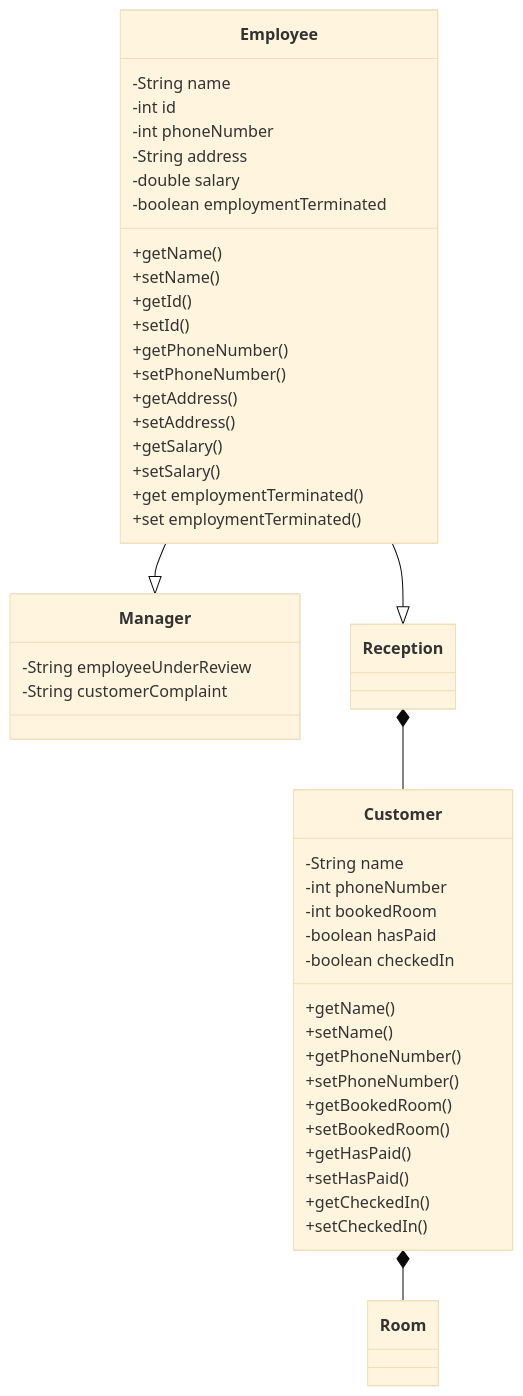
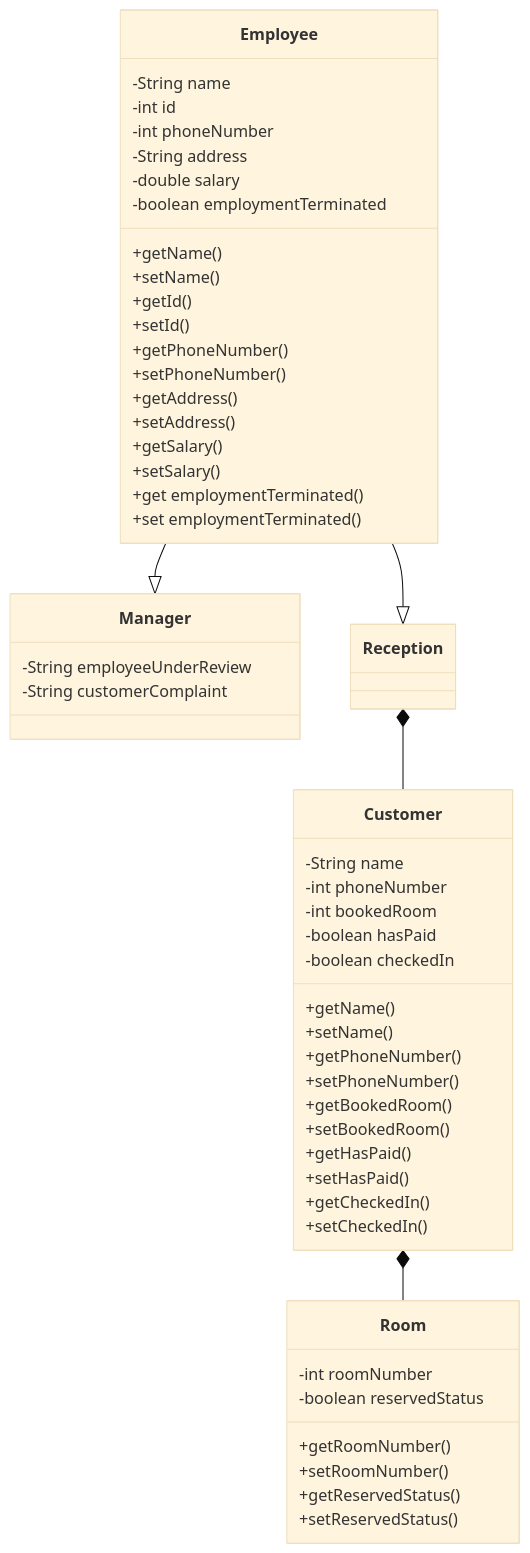
One commit to roxashrb/2425-cc3-1e-project-team-and-jerry changed the diagram in wiki/wiki.md. Above: the diagram before and after it, drawn with Mermaid (base theme).

````diff
--- a/wiki/wiki.md
+++ b/wiki/wiki.md
@@ -1,55 +1,64 @@
 ```mermaid
 classDiagram
     Customer *-- Room
     class Customer {
         -String name
         -int phoneNumber
         -int bookedRoom
         -boolean hasPaid
         -boolean checkedIn
         +getName()
         +setName()
         +getPhoneNumber()
         +setPhoneNumber()
         +getBookedRoom()
         +setBookedRoom()
         +getHasPaid()
         +setHasPaid()
         +getCheckedIn()
         +setCheckedIn()
     }
 
     class Employee {
         -String name
         -int id
         -int phoneNumber
         -String address
         -double salary
         -boolean employmentTerminated
         +getName()
         +setName()
         +getId()
         +setId()
         +getPhoneNumber()
         +setPhoneNumber()
         +getAddress()
         +setAddress()
         +getSalary()
         +setSalary()
         +get employmentTerminated()
         +set employmentTerminated()
     }
 
     Employee --|> Manager
     class Manager {
         -String employeeUnderReview
         -String customerComplaint
     }
 
 
     Employee --|> Reception
     Reception *-- Customer
     class Reception {
         
     }
+
+    class Room {
+      -int roomNumber
+      -boolean reservedStatus
+      +getRoomNumber()
+      +setRoomNumber()
+      +getReservedStatus()
+      +setReservedStatus()
+    }
 ```
````
